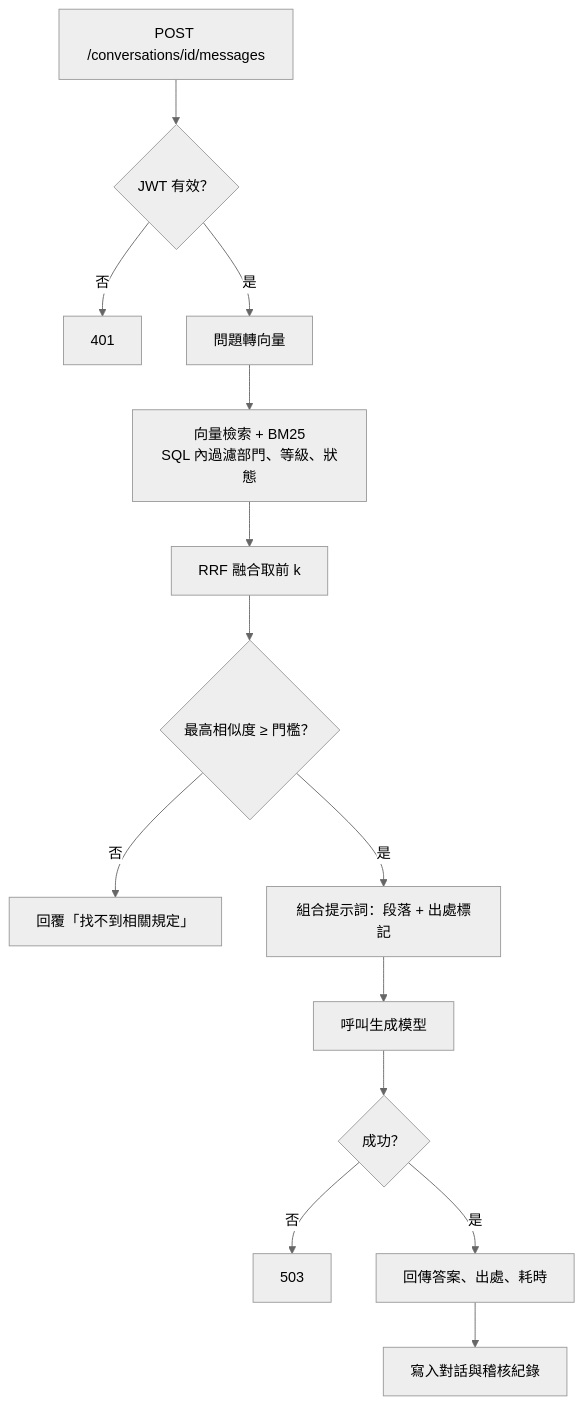
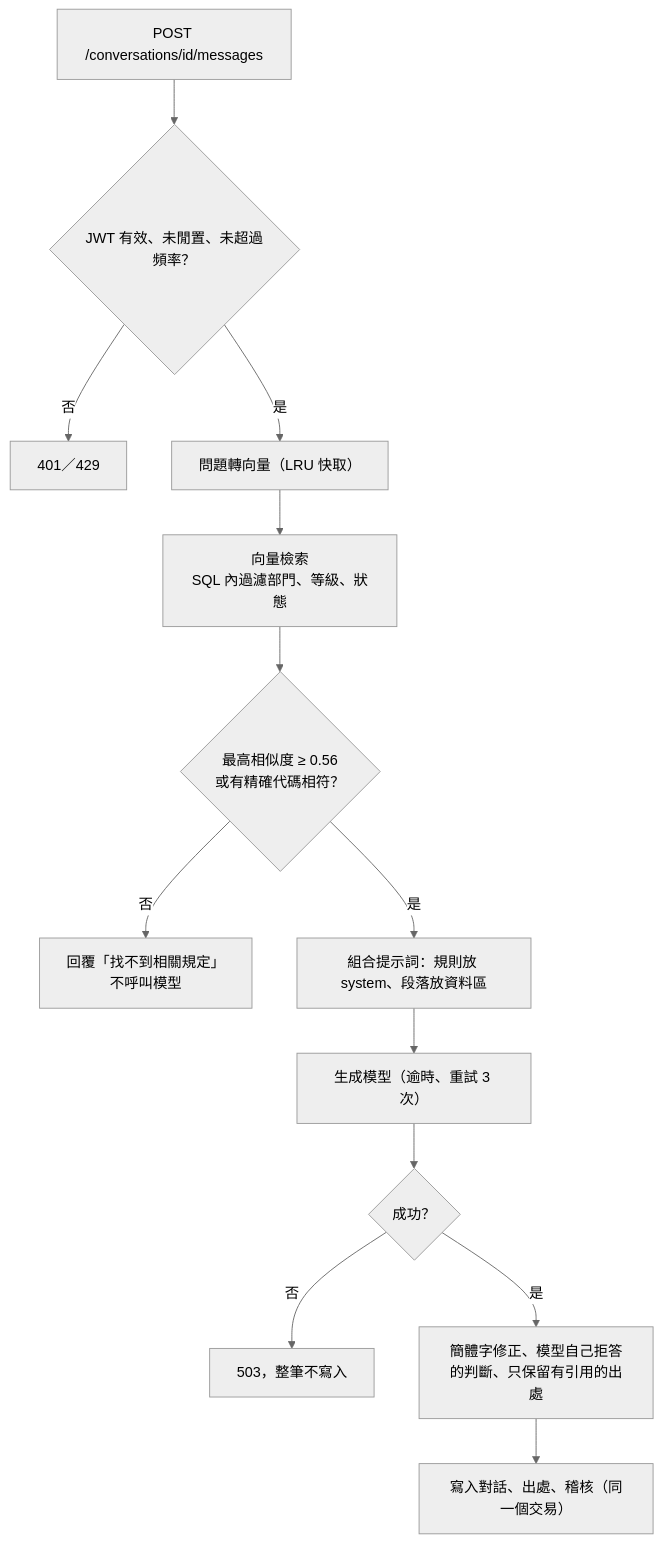
The second of 2 diagrams in README.md (cbes502034/internal-knowledge-assistant), drawn with Mermaid (neutral theme) before and after one commit. The commit also changed other lines of this file and 80 other files, not shown here.

````diff
--- a/README.md
+++ b/README.md
@@ -49,16 +75,15 @@
 ```mermaid
 flowchart TD
-    Q[POST /conversations/id/messages] --> J{JWT 有效？}
-    J -- 否 --> E401[401]
-    J -- 是 --> V[問題轉向量]
-    V --> R[向量檢索 + BM25<br/>SQL 內過濾部門、等級、狀態]
-    R --> F[RRF 融合取前 k]
-    F --> T{最高相似度 ≥ 門檻？}
-    T -- 否 --> NF[回覆「找不到相關規定」]
-    T -- 是 --> P[組合提示詞：段落 + 出處標記]
-    P --> G[呼叫生成模型]
+    Q[POST /conversations/id/messages] --> J{JWT 有效、未閒置、未超過頻率？}
+    J -- 否 --> E401[401／429]
+    J -- 是 --> V[問題轉向量（LRU 快取）]
+    V --> R[向量檢索<br/>SQL 內過濾部門、等級、狀態]
+    R --> T{最高相似度 ≥ 0.56<br/>或有精確代碼相符？}
+    T -- 否 --> NF[回覆「找不到相關規定」<br/>不呼叫模型]
+    T -- 是 --> P[組合提示詞：規則放 system、段落放資料區]
+    P --> G[生成模型（逾時、重試 3 次）]
     G --> O{成功？}
-    O -- 否 --> E503[503]
-    O -- 是 --> OK[回傳答案、出處、耗時]
-    OK --> L[寫入對話與稽核紀錄]
+    O -- 否 --> E503[503，整筆不寫入]
+    O -- 是 --> C[簡體字修正、模型自己拒答的判斷、只保留有引用的出處]
+    C --> L[寫入對話、出處、稽核（同一個交易）]
 ```
````
